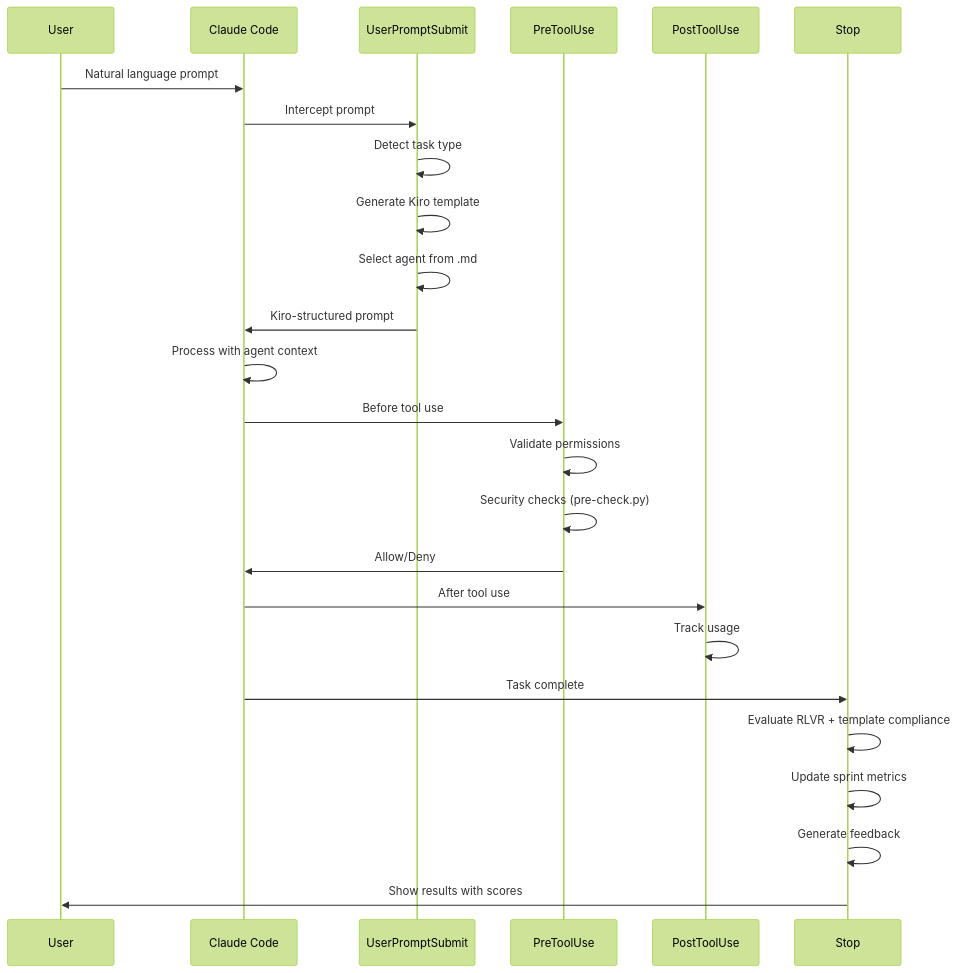
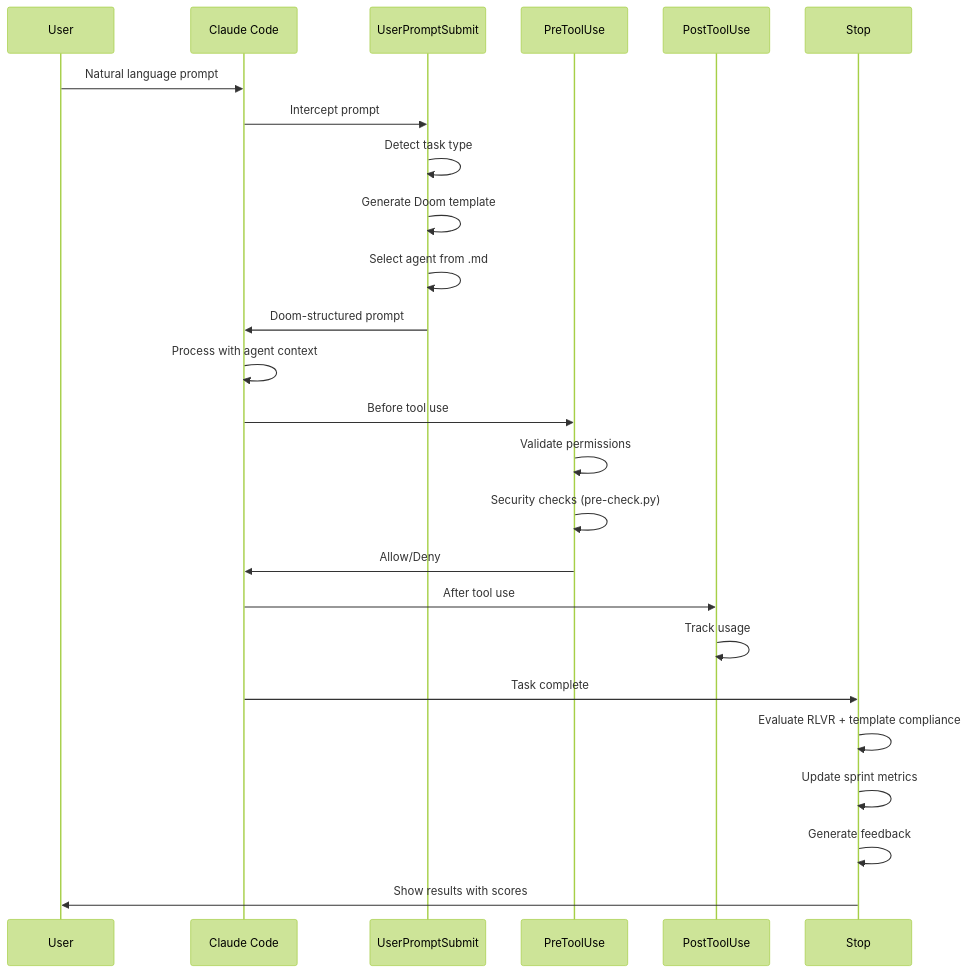
Before and after one commit to asifnawaz/claude-code-rlvr-spec-system: the second of 9 diagrams in ARCHITECTURE.md, drawn with Mermaid (forest theme). The commit also changed other lines of this file and 29 other files, not shown here.

Commit message:
Rename Kiro-RLVR to Doom-RLVR across all documentation and code files, updating references, commands, and configurations accordingly to reflect the new system name and structure.

````diff
--- a/ARCHITECTURE.md
+++ b/ARCHITECTURE.md
@@ -108,32 +108,32 @@
 ```mermaid
 sequenceDiagram
     participant User
     participant Claude Code
     participant UserPromptSubmit
     participant PreToolUse
     participant PostToolUse
     participant Stop
 
     User->>Claude Code: Natural language prompt
     Claude Code->>UserPromptSubmit: Intercept prompt
     UserPromptSubmit->>UserPromptSubmit: Detect task type
-    UserPromptSubmit->>UserPromptSubmit: Generate Kiro template
+    UserPromptSubmit->>UserPromptSubmit: Generate Doom template
     UserPromptSubmit->>UserPromptSubmit: Select agent from .md
-    UserPromptSubmit->>Claude Code: Kiro-structured prompt
+    UserPromptSubmit->>Claude Code: Doom-structured prompt
     
     Claude Code->>Claude Code: Process with agent context
     
     Claude Code->>PreToolUse: Before tool use
     PreToolUse->>PreToolUse: Validate permissions
     PreToolUse->>PreToolUse: Security checks (pre-check.py)
     PreToolUse->>Claude Code: Allow/Deny
     
     Claude Code->>PostToolUse: After tool use
     PostToolUse->>PostToolUse: Track usage
     
     Claude Code->>Stop: Task complete
     Stop->>Stop: Evaluate RLVR + template compliance
     Stop->>Stop: Update sprint metrics
     Stop->>Stop: Generate feedback
     Stop->>User: Show results with scores
 ```
````
